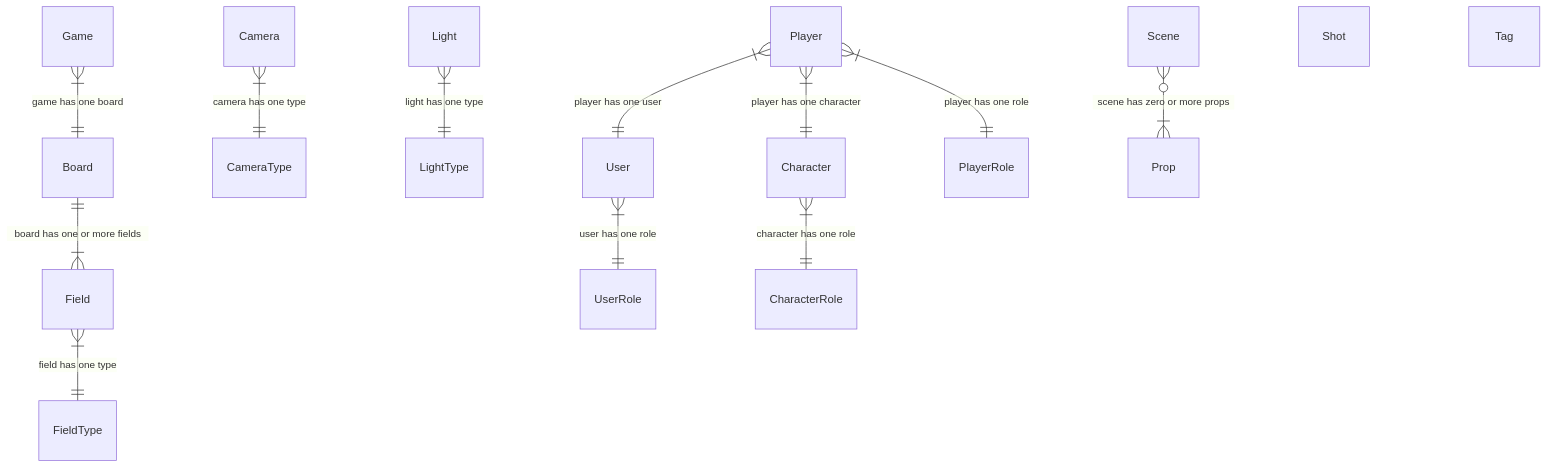
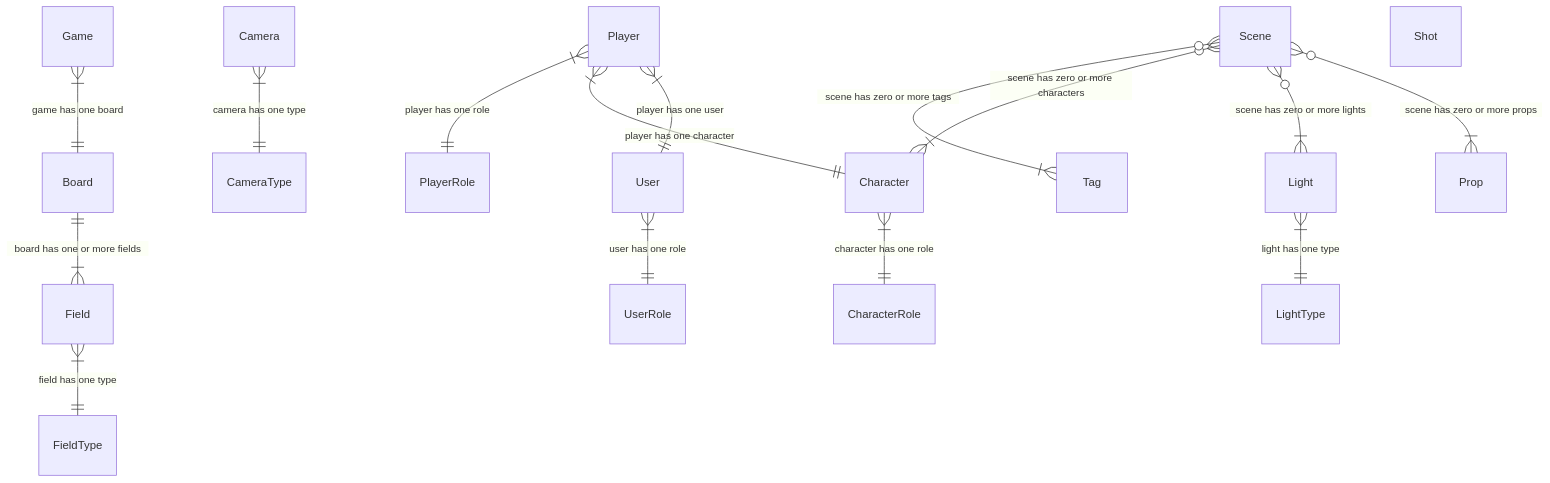
One commit to vanHeemstraSystems/flask-babylonjs changed the diagram in 300/900/README.md. Above: the diagram before and after it, drawn with Mermaid.

````diff
--- a/300/900/README.md
+++ b/300/900/README.md
@@ -3,24 +3,27 @@
 ``` mermaid
 erDiagram
     Board ||--|{ Field : "board has one or more fields"
     Camera }|--|| CameraType : "camera has one type"
     CameraType
     Character }|--|| CharacterRole : "character has one role"
     CharacterRole
     Field }|--|| FieldType : "field has one type"
     Field
     FieldType
     Game }|--|| Board : "game has one board"
     Light }|--|| LightType : "light has one type"
     LightType
     Player }|--|| User : "player has one user"
     Player }|--|| Character : "player has one character"
     Player }|--|| PlayerRole : "player has one role"
     PlayerRole
     Prop
     Scene O{--|{ Prop : "scene has zero or more props"
+    Scene O{--|{ Light : "scene has zero or more lights"
+    Scene O{--|{ Character : "scene has zero or more characters"
+    Scene O{--|{ Tag : "scene has zero or more tags"
     Shot
     Tag
     User }|--|| UserRole : "user has one role"
     UserRole
 ```
````
